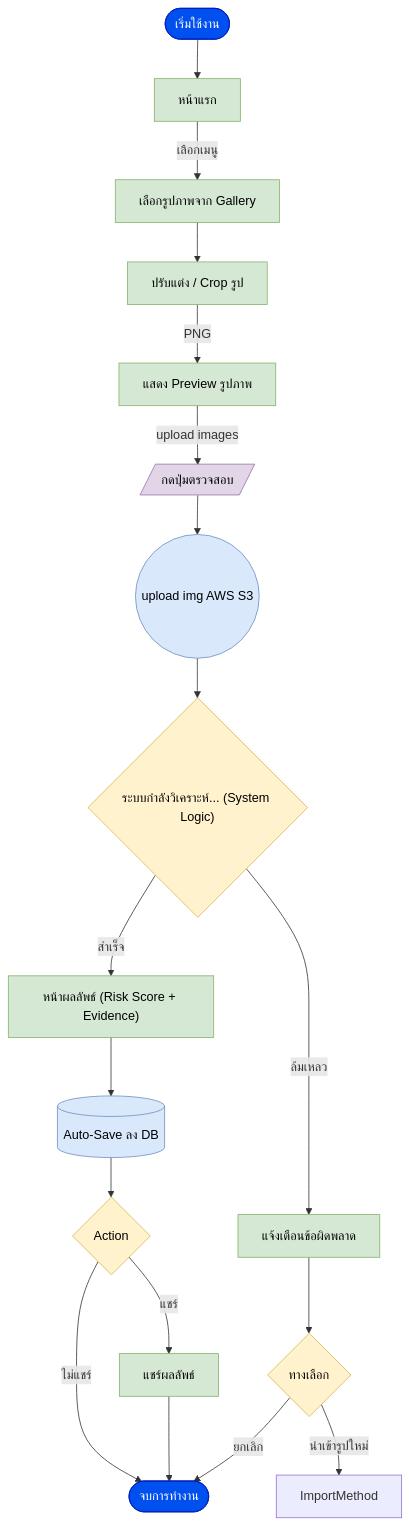
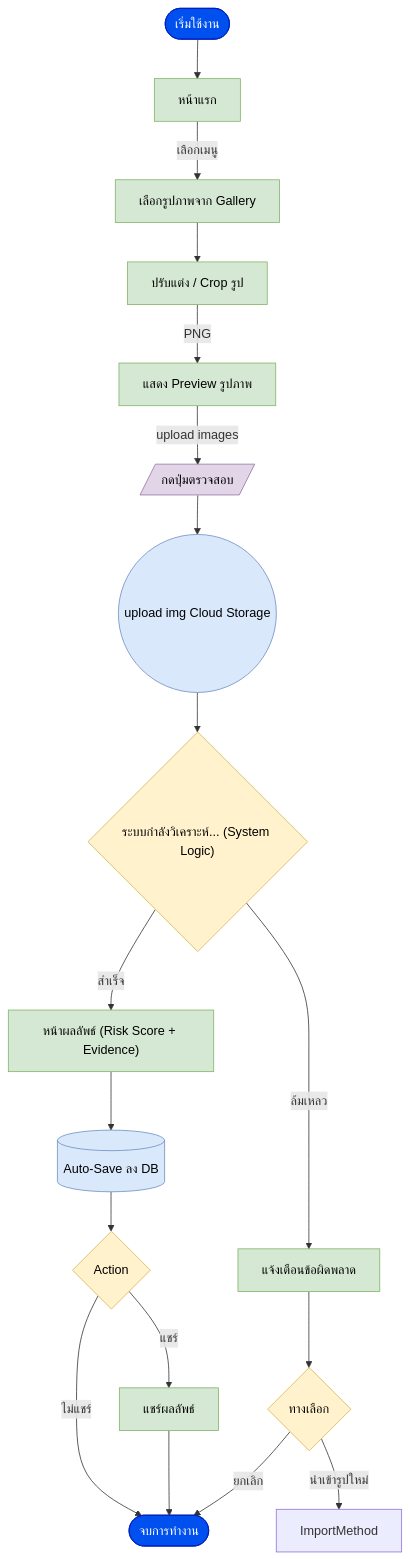
One commit to Panuwat-ta/project changed the first of 2 diagrams in doc/flowchart.md. Above: the diagram before and after it, drawn with Mermaid. The commit also changed other lines of this file and 7 other files, not shown here.

Commit message:
Refactor storage references from AWS S3 to Cloud Storage across documentation and task tracking files; update task descriptions for AI model training and OCR module development.

````diff
--- a/doc/flowchart.md
+++ b/doc/flowchart.md
@@ -5,42 +5,42 @@
 ```mermaid
 graph TD
     Start([เริ่มใช้งาน]) --> Home[หน้าแรก]
     Home -- "เลือกเมนู" --> Gallery[เลือกรูปภาพจาก Gallery]
     Gallery --> Image[ปรับแต่ง / Crop รูป]
     
     Image -- "PNG" --> Preview[แสดง Preview รูปภาพ]
     Preview -- "upload images" --> CheckBtn[/กดปุ่มตรวจสอบ/]
-    CheckBtn --> S3(("upload img AWS S3"))
+    CheckBtn --> S3(("upload img Cloud Storage"))
     
     S3 --> Analyzing{"ระบบกำลังวิเคราะห์... (System Logic)"}
     
     Analyzing -- "สำเร็จ" --> Result["หน้าผลลัพธ์ (Risk Score + Evidence)"]
     Analyzing -- "ล้มเหลว" --> Error[แจ้งเตือนข้อผิดพลาด]
     
     Result --> AutoSave[(Auto-Save ลง DB)]
     
     AutoSave --> Action{Action}
     
     Action -- "แชร์" --> Share[แชร์ผลลัพธ์]
     Action -- "ไม่แชร์" --> End([จบการทำงาน])
     
     Share --> End
     
     Error --> Options{ทางเลือก}
     Options -- "นำเข้ารูปใหม่" --> ImportMethod
     Options -- "ยกเลิก" --> End
 
     %% Styling
     classDef blue fill:#0050ef,stroke:#001DBC,color:#fff
     classDef green fill:#d5e8d4,stroke:#82b366,color:#000
     classDef yellow fill:#fff2cc,stroke:#d6b656,color:#000
     classDef purple fill:#e1d5e7,stroke:#9673a6,color:#000
     classDef cloud fill:#dae8fc,stroke:#6c8ebf,color:#000
     classDef error fill:#f8cecc,stroke:#b85450,color:#000
 
     class Start,End blue
     class Home,Gallery,Image,Preview,Result,Error,Share green
     class Analyzing,Action,Options yellow
     class CheckBtn,RetCache,Gen purple
     class S3,AutoSave cloud
 ```
````
